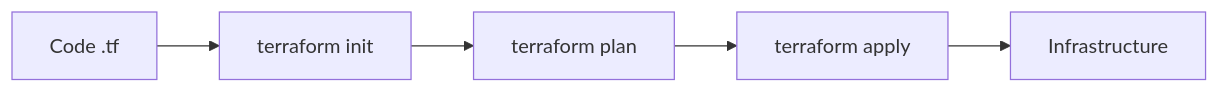
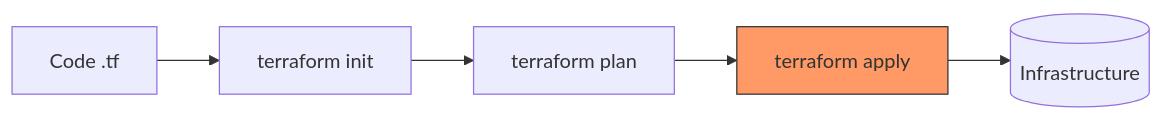
Before and after one commit to kloudtechvizag/cloud-devops-interview-prep: the diagram in terraform/README.md, drawn with Mermaid. The commit also changed other lines of this file and 20 other files, not shown here.

````diff
--- a/terraform/README.md
+++ b/terraform/README.md
@@ -13,7 +10,8 @@
 ```mermaid
 graph LR
     A[Code .tf] --> B[terraform init]
     B --> C[terraform plan]
     C --> D[terraform apply]
-    D --> E[Infrastructure]
+    D --> E[(Infrastructure)]
+    style D fill:#f96,stroke:#333
 ```
````
